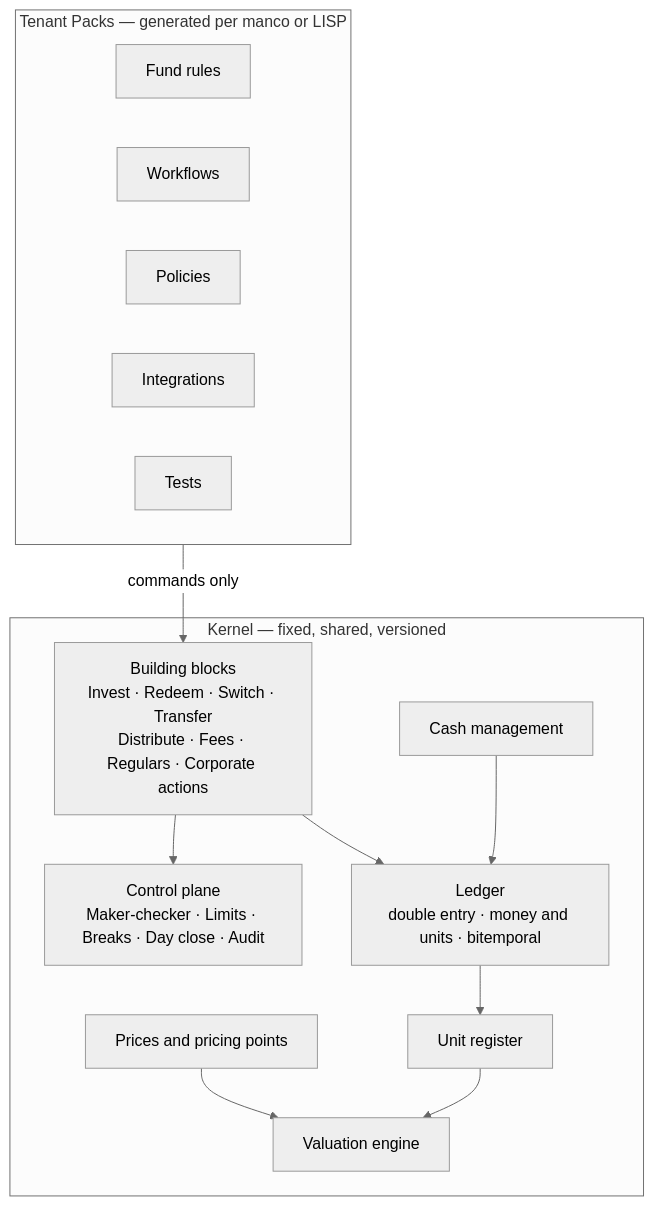
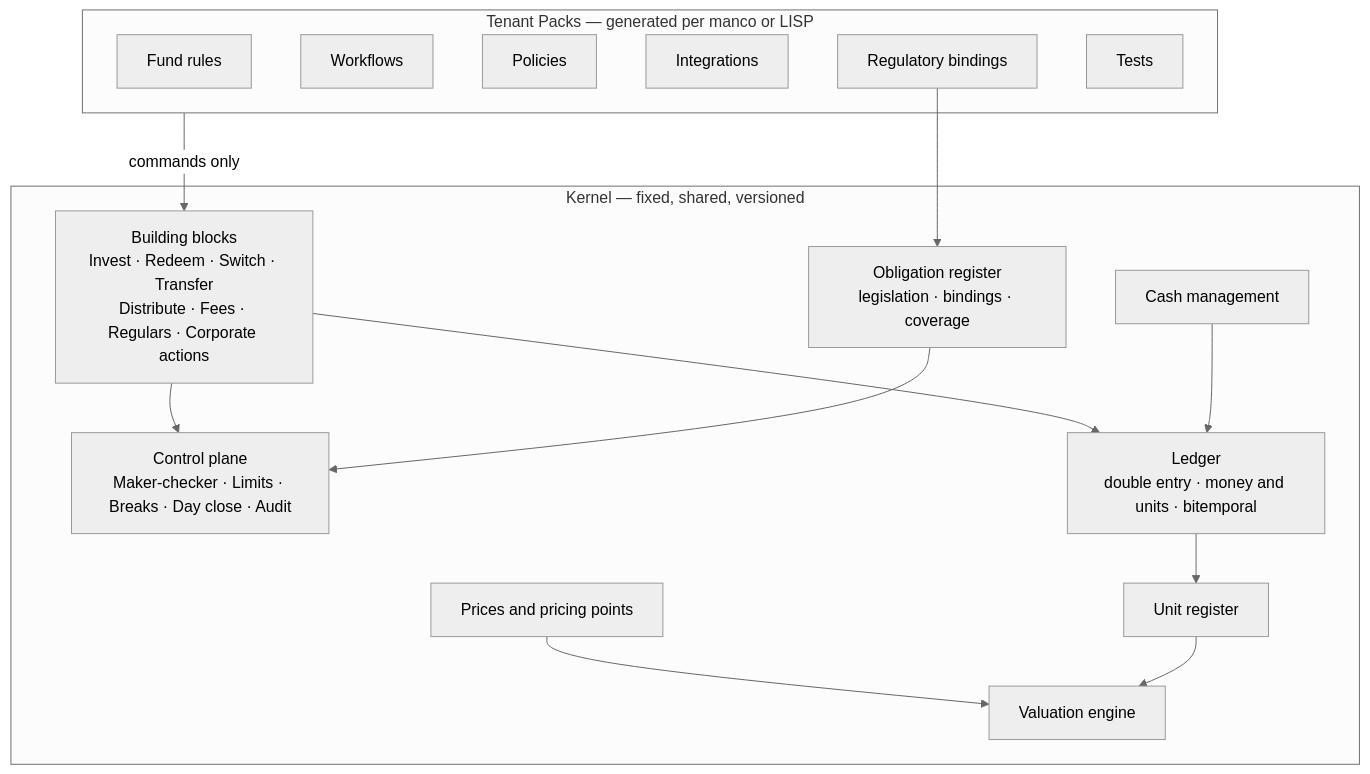
One commit to robertatagile/digi changed the first of 2 diagrams in docs/02-architecture.md. Above: the diagram before and after it, drawn with Mermaid (neutral theme). The commit also changed other lines of this file and 20 other files, not shown here.

````diff
--- a/docs/02-architecture.md
+++ b/docs/02-architecture.md
@@ -5,26 +5,30 @@
 ```mermaid
 flowchart TB
   subgraph PACKS["Tenant Packs — generated per manco or LISP"]
     FR[Fund rules]
     WF[Workflows]
     PO[Policies]
     IN[Integrations]
+    RB[Regulatory bindings]
     TS[Tests]
   end
   subgraph KERNEL["Kernel — fixed, shared, versioned"]
     BB["Building blocks<br/>Invest · Redeem · Switch · Transfer<br/>Distribute · Fees · Regulars · Corporate actions"]
     CP["Control plane<br/>Maker-checker · Limits · Breaks · Day close · Audit"]
     LG["Ledger<br/>double entry · money and units · bitemporal"]
     RG[Unit register]
     PR[Prices and pricing points]
     VL[Valuation engine]
     CM[Cash management]
+    OR["Obligation register<br/>legislation · bindings · coverage"]
   end
   PACKS -->|commands only| BB
   BB --> LG
   BB --> CP
   LG --> RG
   PR --> VL
   RG --> VL
   CM --> LG
+  OR --> CP
+  RB --> OR
 ```
````
